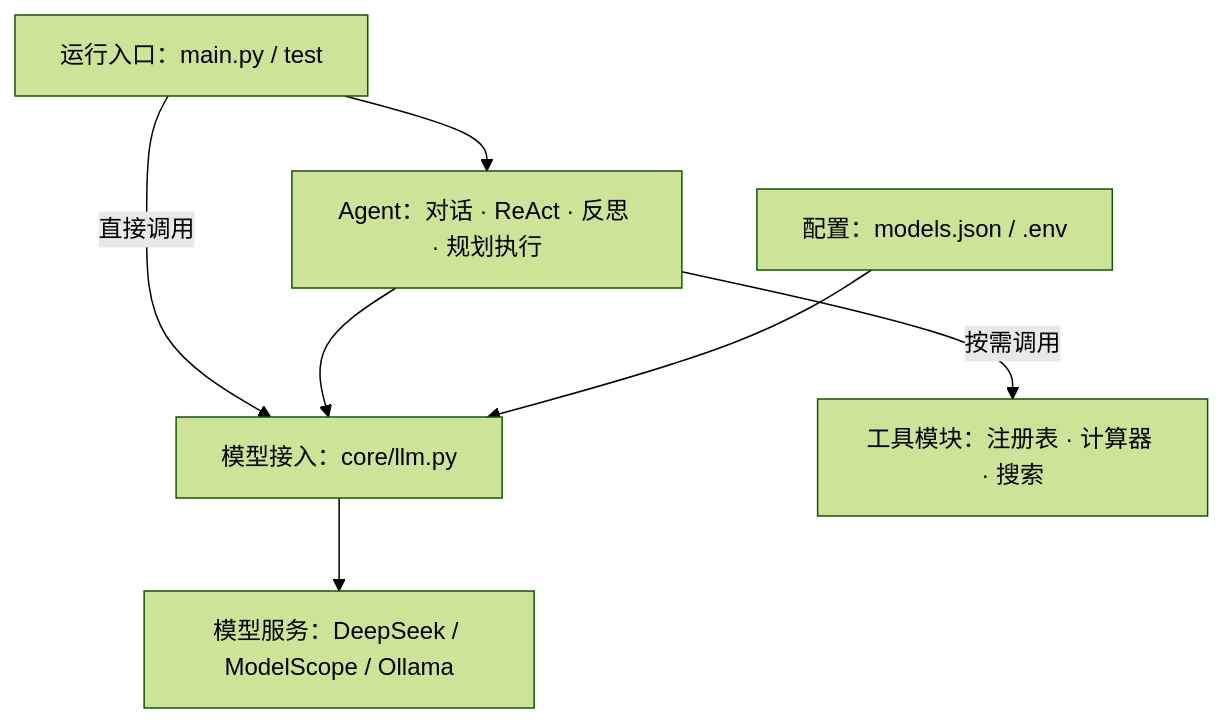
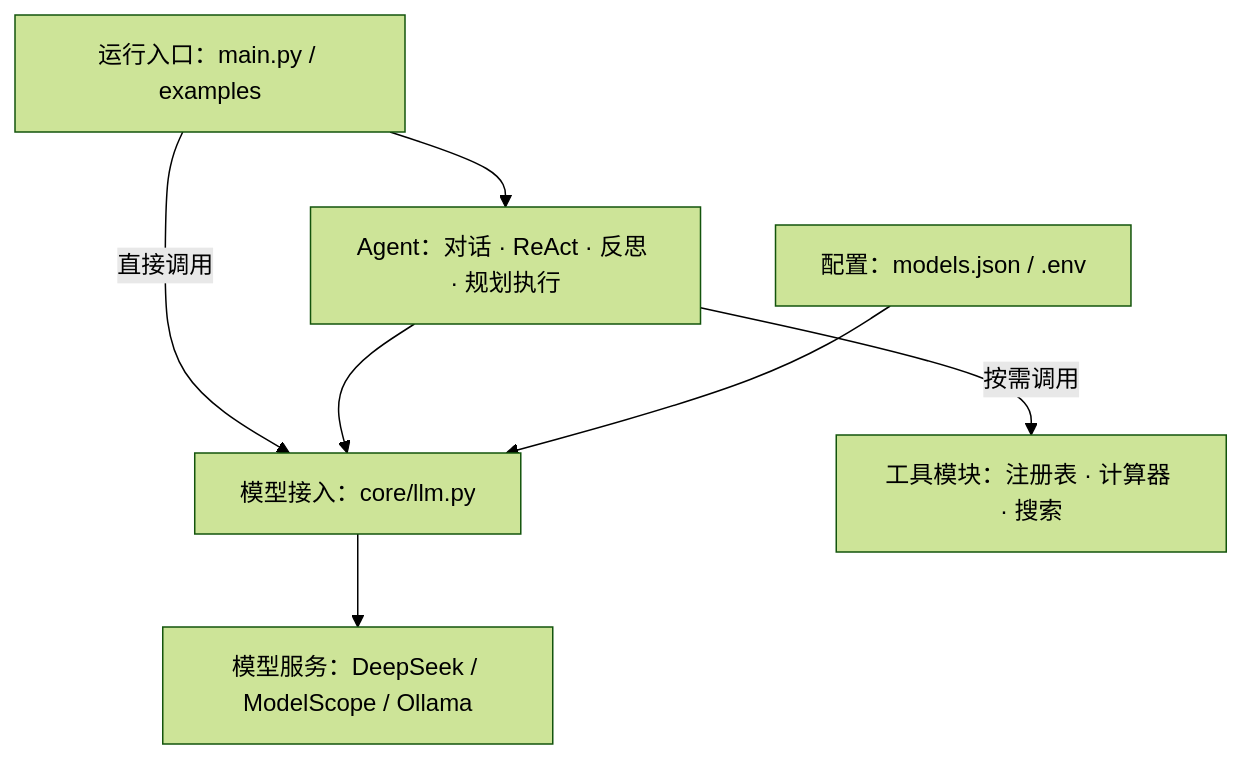
The diagram in README.md (SWAlbert-0/agent-practice), drawn with Mermaid (forest theme) before and after one commit. The commit also changed other lines of this file and 35 other files, not shown here.

````diff
--- a/README.md
+++ b/README.md
@@ -30,16 +30,16 @@
 ```mermaid
 flowchart TB
-    Entry[运行入口：main.py / test]
+    Entry[运行入口：main.py / examples]
     Agents[Agent：对话 · ReAct · 反思 · 规划执行]
     LLM[模型接入：core/llm.py]
     Tools[工具模块：注册表 · 计算器 · 搜索]
     Config[配置：models.json / .env]
     Services[模型服务：DeepSeek / ModelScope / Ollama]
 
     Entry --> Agents
     Entry -->|直接调用| LLM
     Agents --> LLM
     Agents -->|按需调用| Tools
     Config --> LLM
     LLM --> Services
 ```
````
